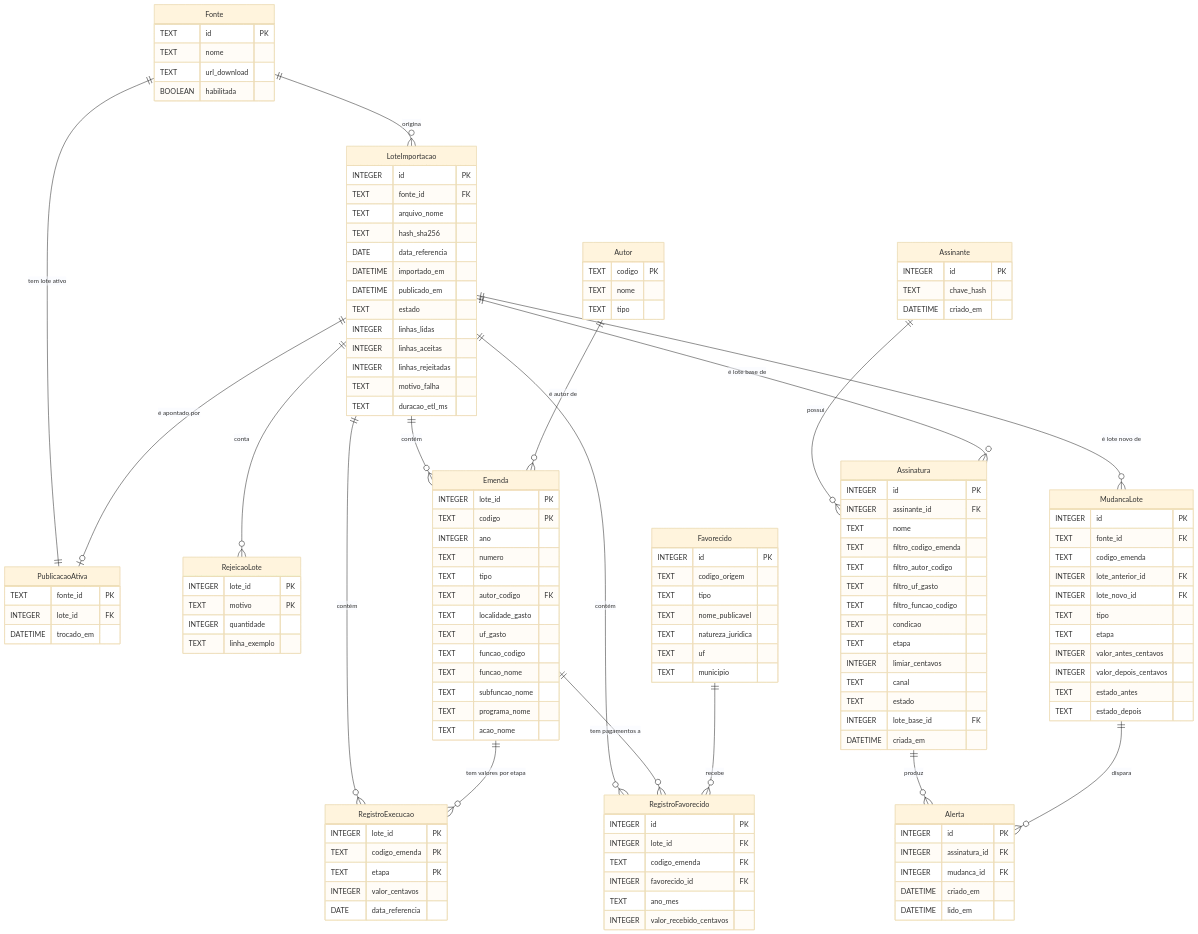
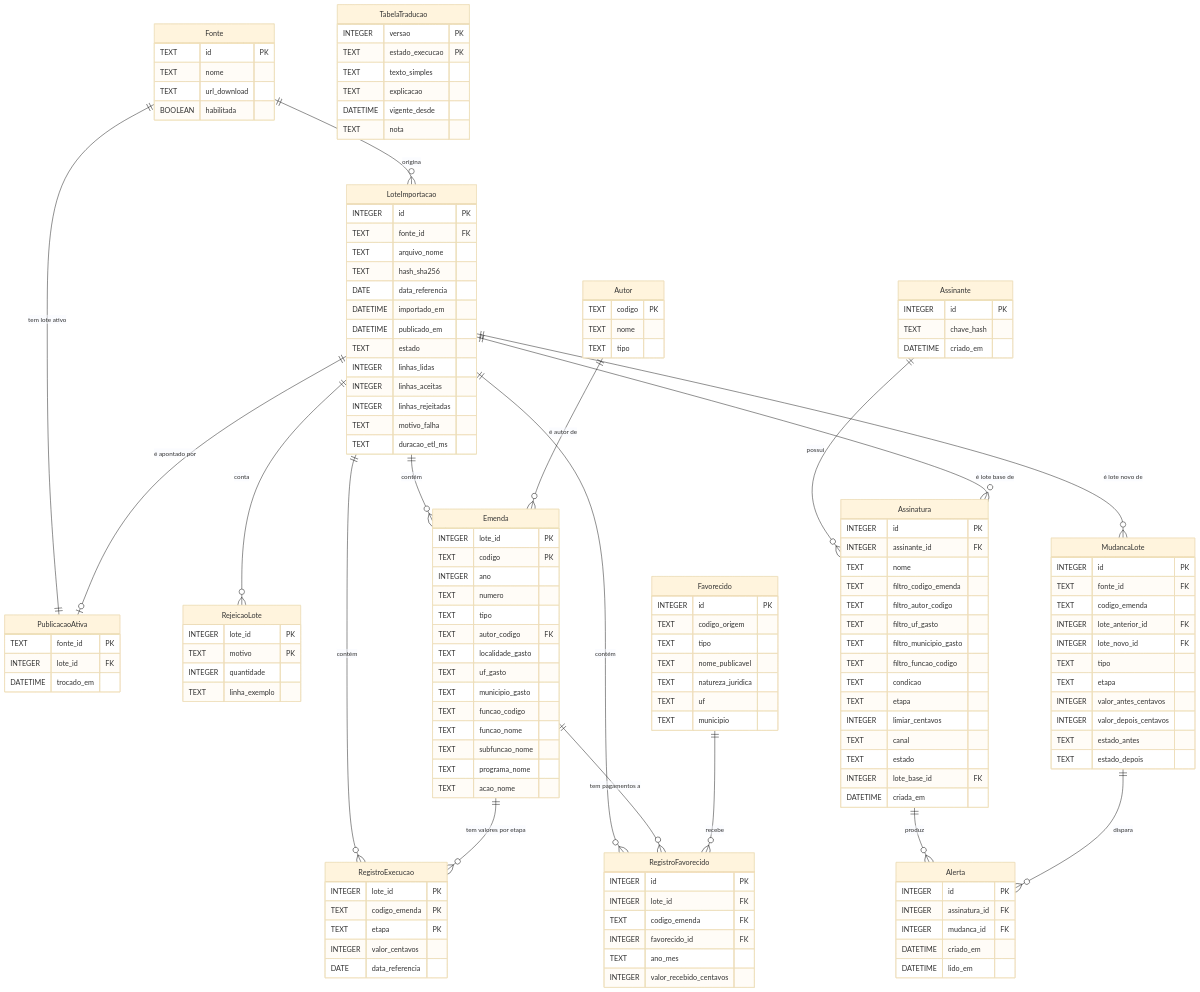
Before and after one commit to jvchaaves/rastro: the diagram in especificacoes/joao-vitor/arquitetura/contratos/modelo-de-dados.md, drawn with Mermaid (base theme). The commit also changed other lines of this file and 54 other files, not shown here.

````diff
--- a/especificacoes/joao-vitor/arquitetura/contratos/modelo-de-dados.md
+++ b/especificacoes/joao-vitor/arquitetura/contratos/modelo-de-dados.md
@@ -69,6 +69,7 @@
         TEXT autor_codigo FK
         TEXT localidade_gasto
         TEXT uf_gasto
+        TEXT municipio_gasto
         TEXT funcao_codigo
         TEXT funcao_nome
         TEXT subfuncao_nome
@@ -124,6 +125,7 @@
         TEXT filtro_codigo_emenda
         TEXT filtro_autor_codigo
         TEXT filtro_uf_gasto
+        TEXT filtro_municipio_gasto
         TEXT filtro_funcao_codigo
         TEXT condicao
         TEXT etapa
@@ -140,4 +142,12 @@
         DATETIME criado_em
         DATETIME lido_em
     }
+    TabelaTraducao {
+        INTEGER versao PK
+        TEXT estado_execucao PK
+        TEXT texto_simples
+        TEXT explicacao
+        DATETIME vigente_desde
+        TEXT nota
+    }
 ```
````
